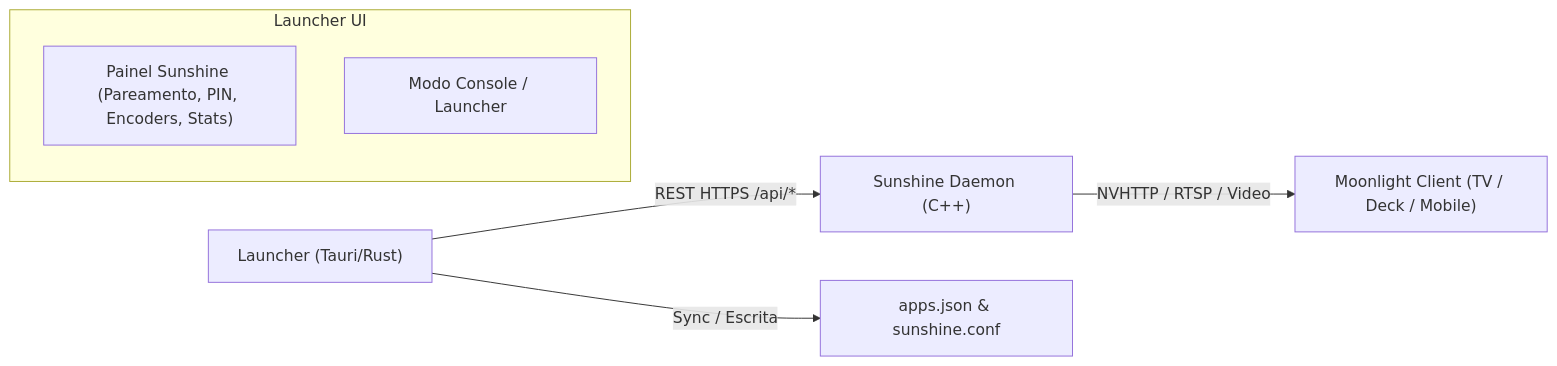
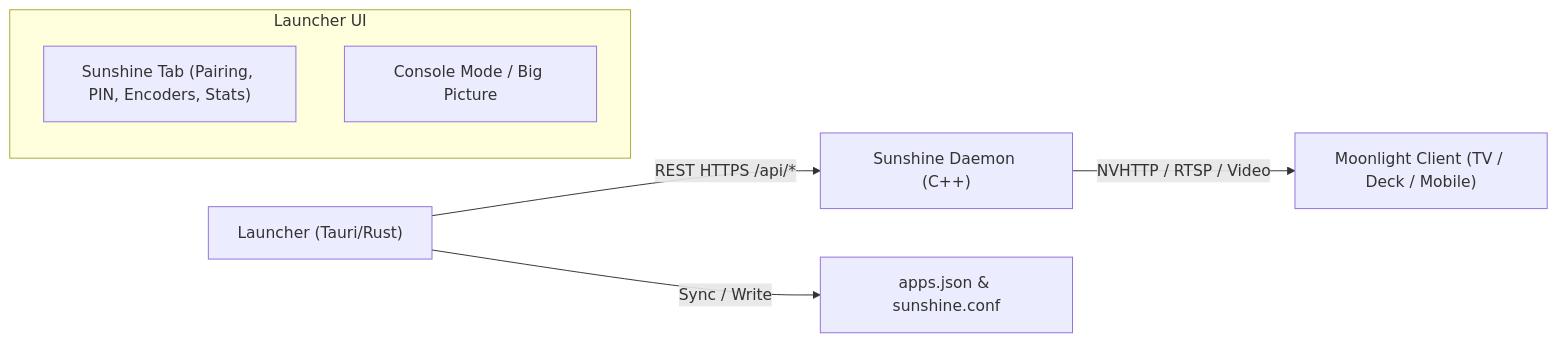
One commit to marcoswferreira/kame-house-launcher changed the diagram in docs/adrs/0002-sunshine-integration-and-upstream-tracking.md. Above: the diagram before and after it, drawn with Mermaid. The commit also changed other lines of this file and 19 other files, not shown here.

````diff
--- a/docs/adrs/0002-sunshine-integration-and-upstream-tracking.md
+++ b/docs/adrs/0002-sunshine-integration-and-upstream-tracking.md
@@ -20,10 +24,10 @@
 ```mermaid
 flowchart LR
     A["Launcher (Tauri/Rust)"] -->|"REST HTTPS /api/*"| B["Sunshine Daemon (C++)"]
-    A -->|"Sync / Escrita"| C["apps.json & sunshine.conf"]
+    A -->|"Sync / Write"| C["apps.json & sunshine.conf"]
     B -->|"NVHTTP / RTSP / Video"| D["Moonlight Client (TV / Deck / Mobile)"]
     subgraph Launcher UI
-        E["Painel Sunshine (Pareamento, PIN, Encoders, Stats)"]
-        F["Modo Console / Launcher"]
+        E["Sunshine Tab (Pairing, PIN, Encoders, Stats)"]
+        F["Console Mode / Big Picture"]
     end
 ```
````
